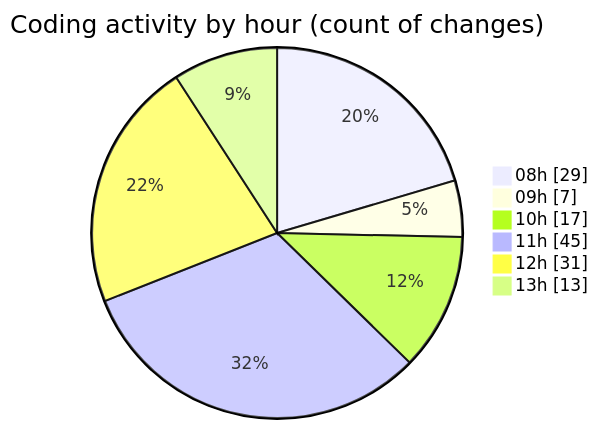
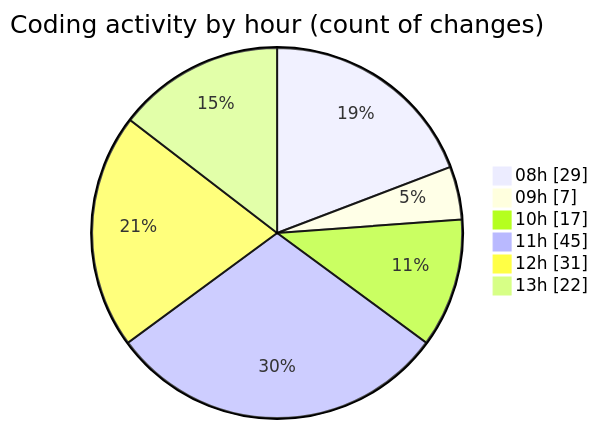
One commit to momahboobian/code-tracking changed the second of 2 diagrams in 2025-04-09/cda/README.md. Above: the diagram before and after it, drawn with Mermaid. The commit also changed other lines of this file and 1 other file, not shown here.

````diff
--- a/2025-04-09/cda/README.md
+++ b/2025-04-09/cda/README.md
@@ -54,10 +54,10 @@
 ```mermaid
 pie showData
 title Coding activity by hour (count of changes)
 "08h" : 29
 "09h" : 7
 "10h" : 17
 "11h" : 45
 "12h" : 31
-"13h" : 13
+"13h" : 22
 ```
````
